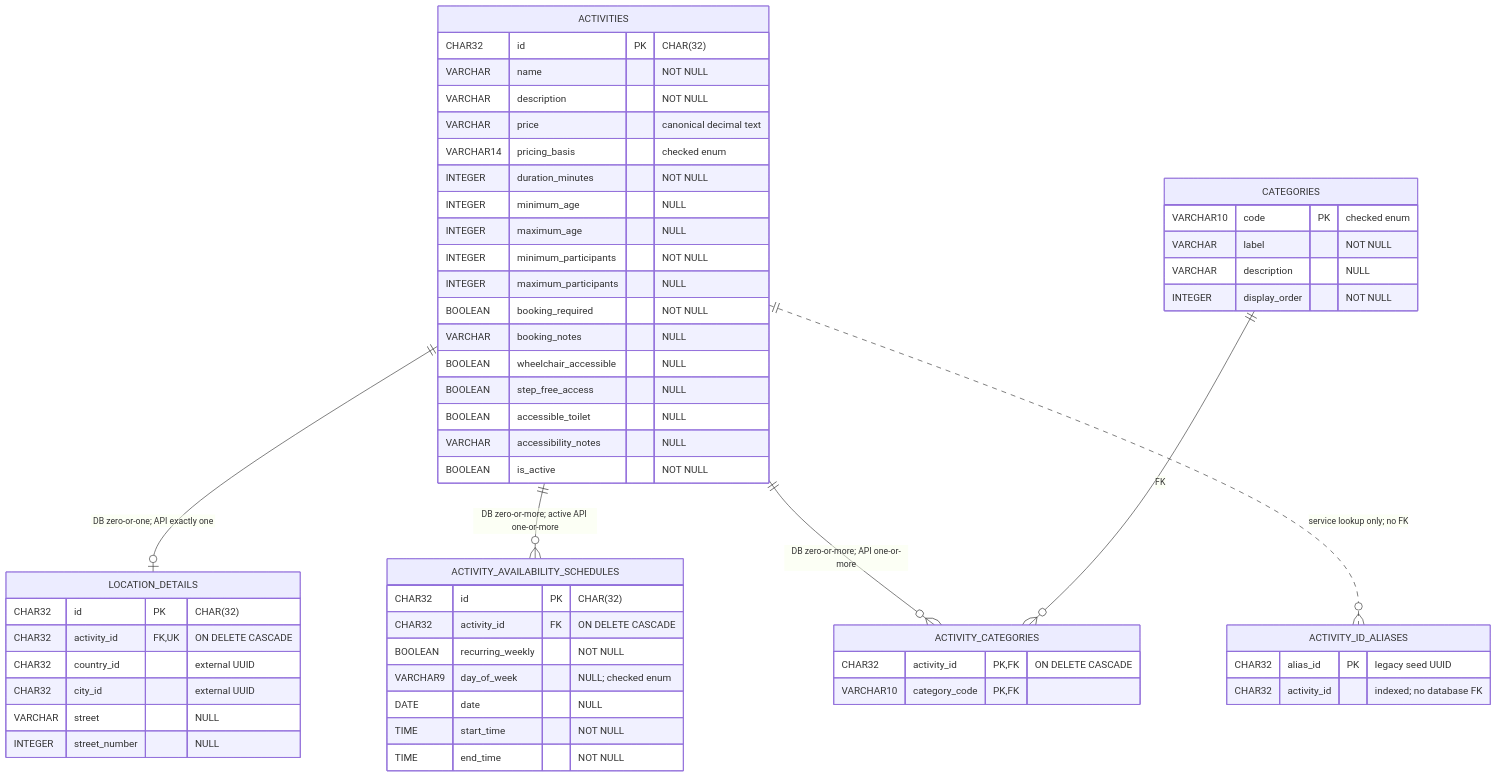
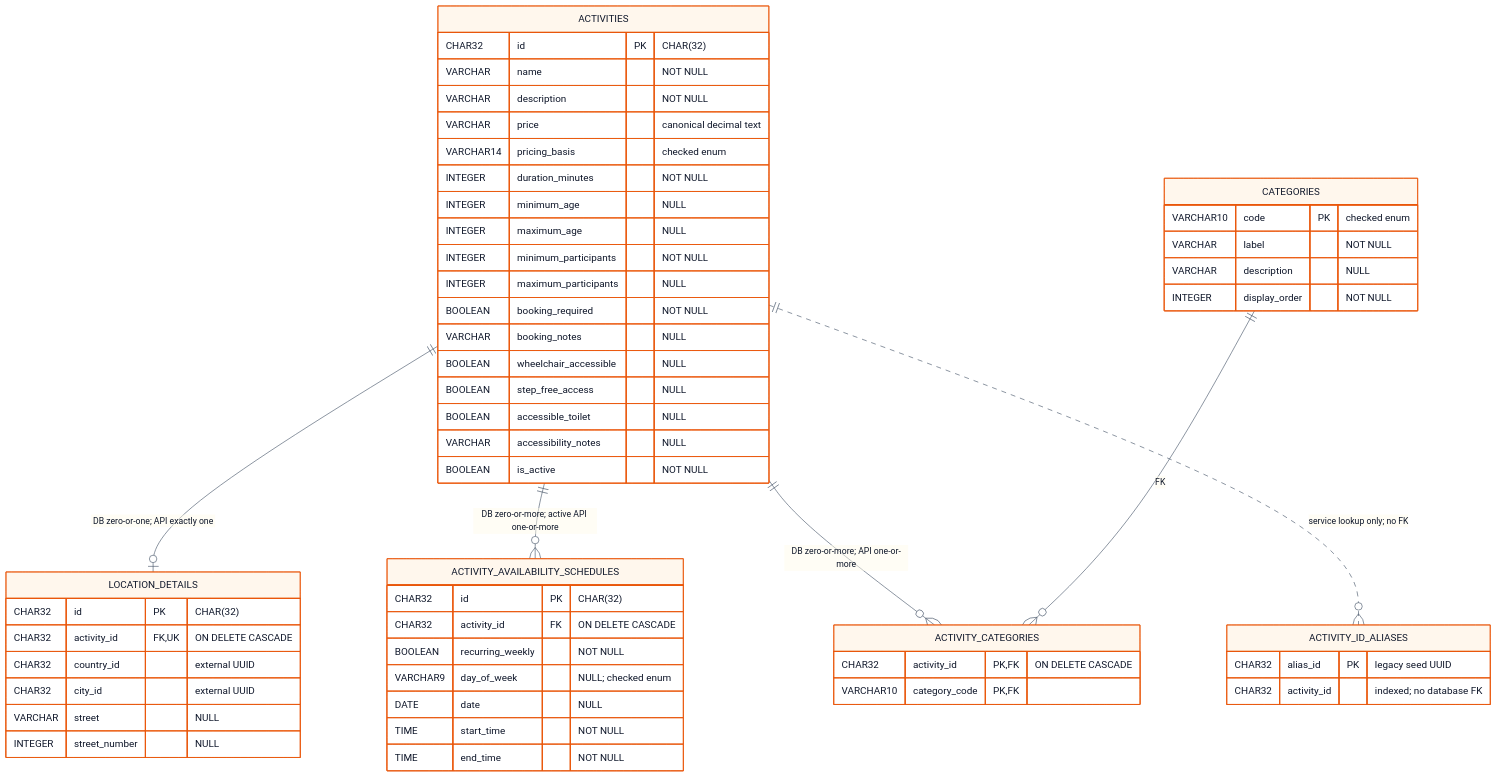
The diagram in docs/reports/release-0/Student4/DataDesign/physical.md (JulianKirk/TripGenie), drawn with Mermaid before and after one commit. The commit also changed other lines of this file and 7 other files, not shown here.

````diff
--- a/docs/reports/release-0/Student4/DataDesign/physical.md
+++ b/docs/reports/release-0/Student4/DataDesign/physical.md
@@ -10,64 +15,65 @@
 ```mermaid
+%%{init: {"theme":"base","themeVariables":{"fontFamily":"Inter, ui-sans-serif, system-ui, sans-serif","primaryColor":"#fff7ed","primaryTextColor":"#0f172a","primaryBorderColor":"#ea580c","lineColor":"#475569","tertiaryColor":"#fffbeb"}}}%%
 erDiagram
     ACTIVITIES ||--o| LOCATION_DETAILS : "DB zero-or-one; API exactly one"
     ACTIVITIES ||--o{ ACTIVITY_AVAILABILITY_SCHEDULES : "DB zero-or-more; active API one-or-more"
     ACTIVITIES ||--o{ ACTIVITY_CATEGORIES : "DB zero-or-more; API one-or-more"
     CATEGORIES ||--o{ ACTIVITY_CATEGORIES : "FK"
     ACTIVITIES ||..o{ ACTIVITY_ID_ALIASES : "service lookup only; no FK"
 
     ACTIVITIES {
         CHAR32 id PK "CHAR(32)"
         VARCHAR name "NOT NULL"
         VARCHAR description "NOT NULL"
         VARCHAR price "canonical decimal text"
         VARCHAR14 pricing_basis "checked enum"
         INTEGER duration_minutes "NOT NULL"
         INTEGER minimum_age "NULL"
         INTEGER maximum_age "NULL"
         INTEGER minimum_participants "NOT NULL"
         INTEGER maximum_participants "NULL"
         BOOLEAN booking_required "NOT NULL"
         VARCHAR booking_notes "NULL"
         BOOLEAN wheelchair_accessible "NULL"
         BOOLEAN step_free_access "NULL"
         BOOLEAN accessible_toilet "NULL"
         VARCHAR accessibility_notes "NULL"
         BOOLEAN is_active "NOT NULL"
     }
 
     LOCATION_DETAILS {
         CHAR32 id PK "CHAR(32)"
         CHAR32 activity_id FK,UK "ON DELETE CASCADE"
         CHAR32 country_id "external UUID"
         CHAR32 city_id "external UUID"
         VARCHAR street "NULL"
         INTEGER street_number "NULL"
     }
 
     CATEGORIES {
         VARCHAR10 code PK "checked enum"
         VARCHAR label "NOT NULL"
         VARCHAR description "NULL"
         INTEGER display_order "NOT NULL"
     }
 
     ACTIVITY_CATEGORIES {
         CHAR32 activity_id PK,FK "ON DELETE CASCADE"
         VARCHAR10 category_code PK,FK
     }
 
     ACTIVITY_AVAILABILITY_SCHEDULES {
         CHAR32 id PK "CHAR(32)"
         CHAR32 activity_id FK "ON DELETE CASCADE"
         BOOLEAN recurring_weekly "NOT NULL"
         VARCHAR9 day_of_week "NULL; checked enum"
         DATE date "NULL"
         TIME start_time "NOT NULL"
         TIME end_time "NOT NULL"
     }
 
     ACTIVITY_ID_ALIASES {
         CHAR32 alias_id PK "legacy seed UUID"
         CHAR32 activity_id "indexed; no database FK"
     }
 ```
````
